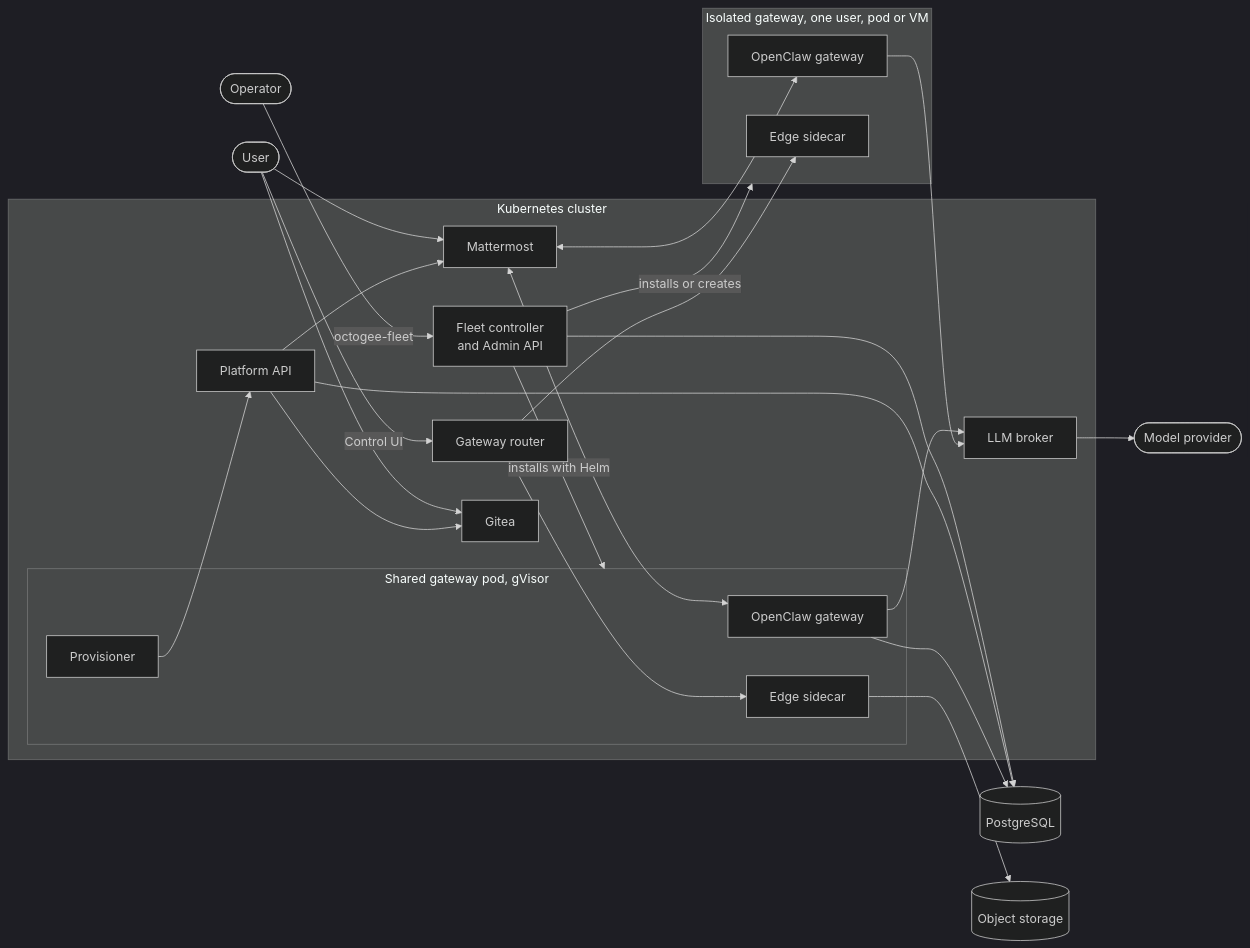
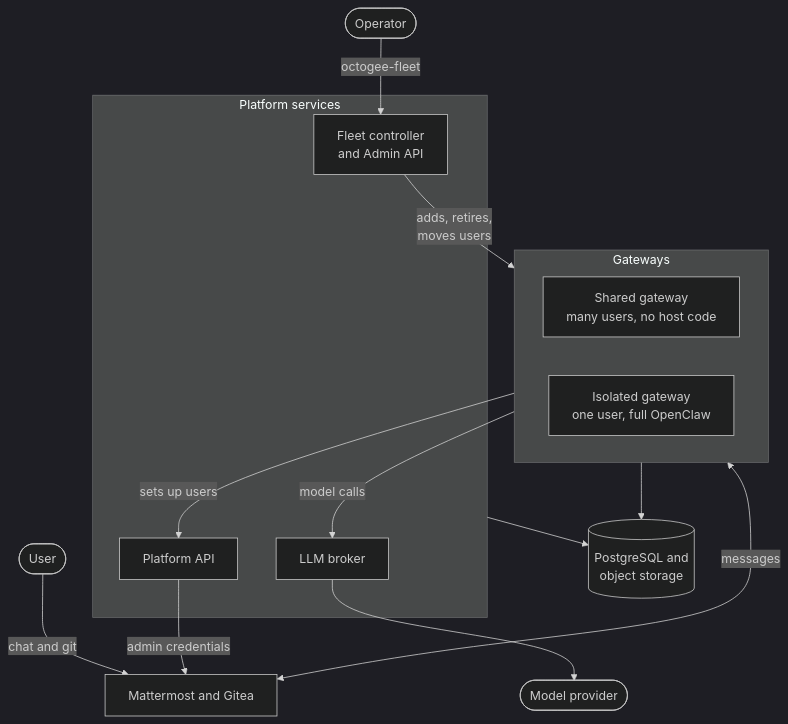
Before and after one commit to octogee-ai/octogee-cloud: the diagram in docs/architecture.md, drawn with Mermaid (dark theme).

Commit message:
Simplify the architecture diagram
The left-to-right layout was too wide to read in GitHub's viewer. The
diagram is now top-down with the services grouped.

````diff
--- a/docs/architecture.md
+++ b/docs/architecture.md
@@ -10,49 +10,32 @@
 ```mermaid
-flowchart LR
+flowchart TB
   operator([Operator])
   user([User])
   provider([Model provider])
 
-  subgraph cluster[Kubernetes cluster]
+  subgraph services[Platform services]
     controller[Fleet controller<br/>and Admin API]
     api[Platform API]
     broker[LLM broker]
-    router[Gateway router]
-    mattermost[Mattermost]
-    gitea[Gitea]
-    subgraph shared[Shared gateway pod, gVisor]
-      openclaw1[OpenClaw gateway]
-      edge1[Edge sidecar]
-      provisioner1[Provisioner]
-    end
   end
 
-  subgraph vm[Isolated gateway, one user, pod or VM]
-    openclaw2[OpenClaw gateway]
-    edge2[Edge sidecar]
+  hosts[Mattermost and Gitea]
+
+  subgraph gateways[Gateways]
+    shared[Shared gateway<br/>many users, no host code]
+    isolated[Isolated gateway<br/>one user, full OpenClaw]
   end
 
-  state[(PostgreSQL)]
-  blobs[(Object storage)]
+  state[(PostgreSQL and<br/>object storage)]
 
   operator -->|octogee-fleet| controller
-  user --> mattermost
-  user --> gitea
-  user -->|Control UI| router
-  router --> edge1
-  router --> edge2
-  controller -->|installs with Helm| shared
-  controller -->|installs or creates| vm
-  mattermost <--> openclaw1
-  mattermost <--> openclaw2
-  openclaw1 --> broker
-  openclaw2 --> broker
+  user -->|chat and git| hosts
+  controller -->|adds, retires,<br/>moves users| gateways
+  hosts <-->|messages| gateways
+  gateways -->|sets up users| api
+  api -->|admin credentials| hosts
+  gateways -->|model calls| broker
   broker --> provider
-  provisioner1 --> api
-  api --> mattermost
-  api --> gitea
-  controller --> state
-  api --> state
-  openclaw1 --> state
-  edge1 --> blobs
+  services --> state
+  gateways --> state
 ```
````
